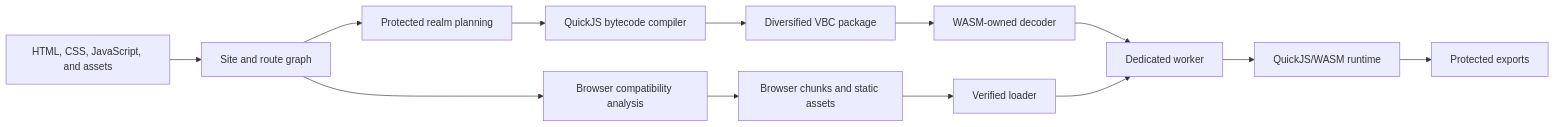
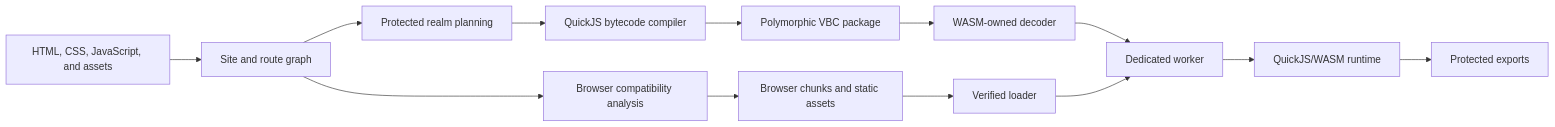
The first of 2 diagrams in README.md (Ascension-Digital-Technologies/Venom), drawn with Mermaid before and after one commit. The commit also changed other lines of this file and 169 other files, not shown here.

````diff
--- a/README.md
+++ b/README.md
@@ -134,15 +163,15 @@
 ```mermaid
 flowchart LR
     A[HTML, CSS, JavaScript, and assets] --> B[Site and route graph]
     B --> C[Browser compatibility analysis]
     B --> D[Protected realm planning]
     D --> E[QuickJS bytecode compiler]
-    E --> F[Diversified VBC package]
+    E --> F[Polymorphic VBC package]
     C --> G[Browser chunks and static assets]
     F --> H[WASM-owned decoder]
     G --> I[Verified loader]
     H --> J[Dedicated worker]
     I --> J
     J --> K[QuickJS/WASM runtime]
     K --> L[Protected exports]
 ```
````
